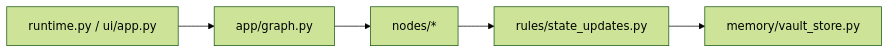
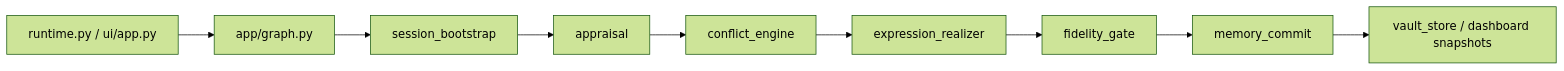
One commit to yatarousan0227/SplitMind-AI changed the diagram in guides/implementation-overview.en.md. Above: the diagram before and after it, drawn with Mermaid (forest theme). The commit also changed other lines of this file and 100 other files, not shown here.

````diff
--- a/guides/implementation-overview.en.md
+++ b/guides/implementation-overview.en.md
@@ -5,7 +5,11 @@
 ```mermaid
 flowchart LR
     A["runtime.py / ui/app.py"] --> B["app/graph.py"]
-    B --> C["nodes/*"]
-    C --> D["rules/state_updates.py"]
-    D --> E["memory/vault_store.py"]
+    B --> C["session_bootstrap"]
+    C --> D["appraisal"]
+    D --> E["conflict_engine"]
+    E --> F["expression_realizer"]
+    F --> G["fidelity_gate"]
+    G --> H["memory_commit"]
+    H --> I["vault_store / dashboard snapshots"]
 ```
````
